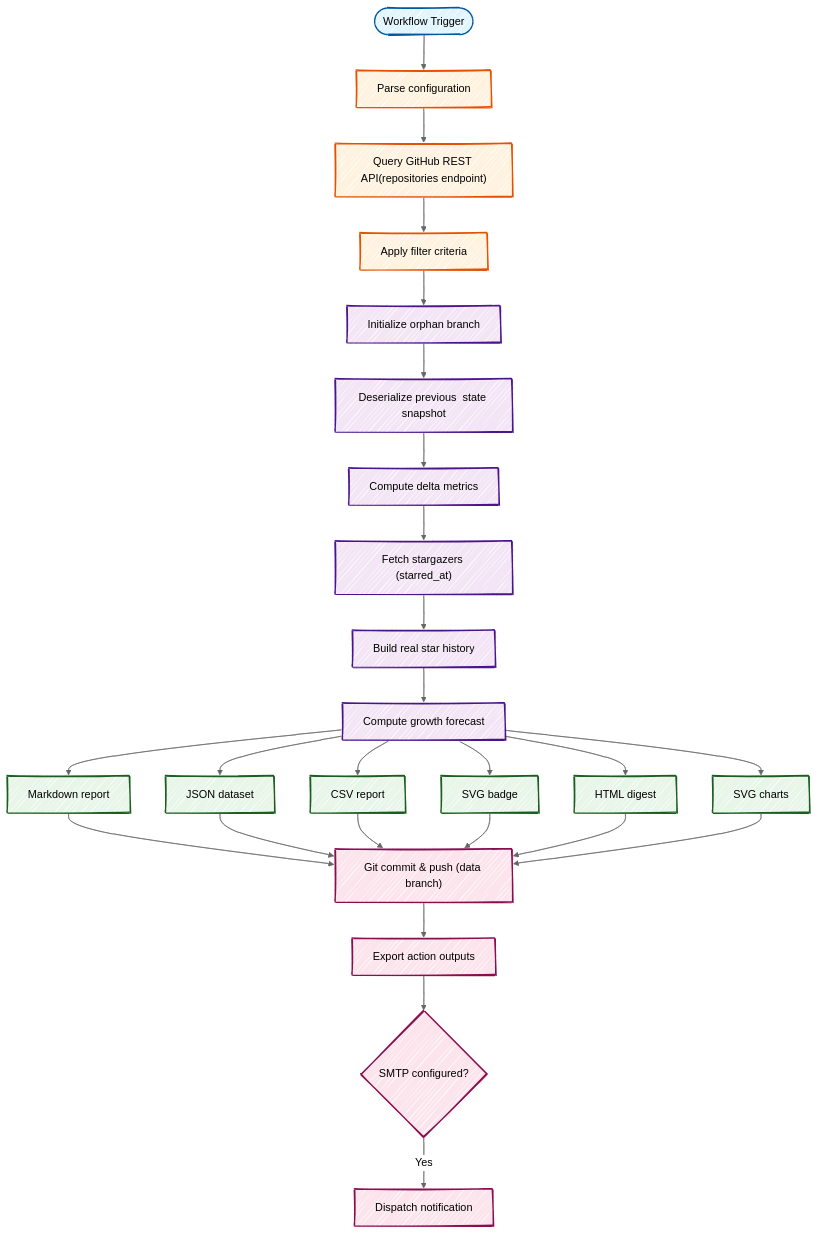
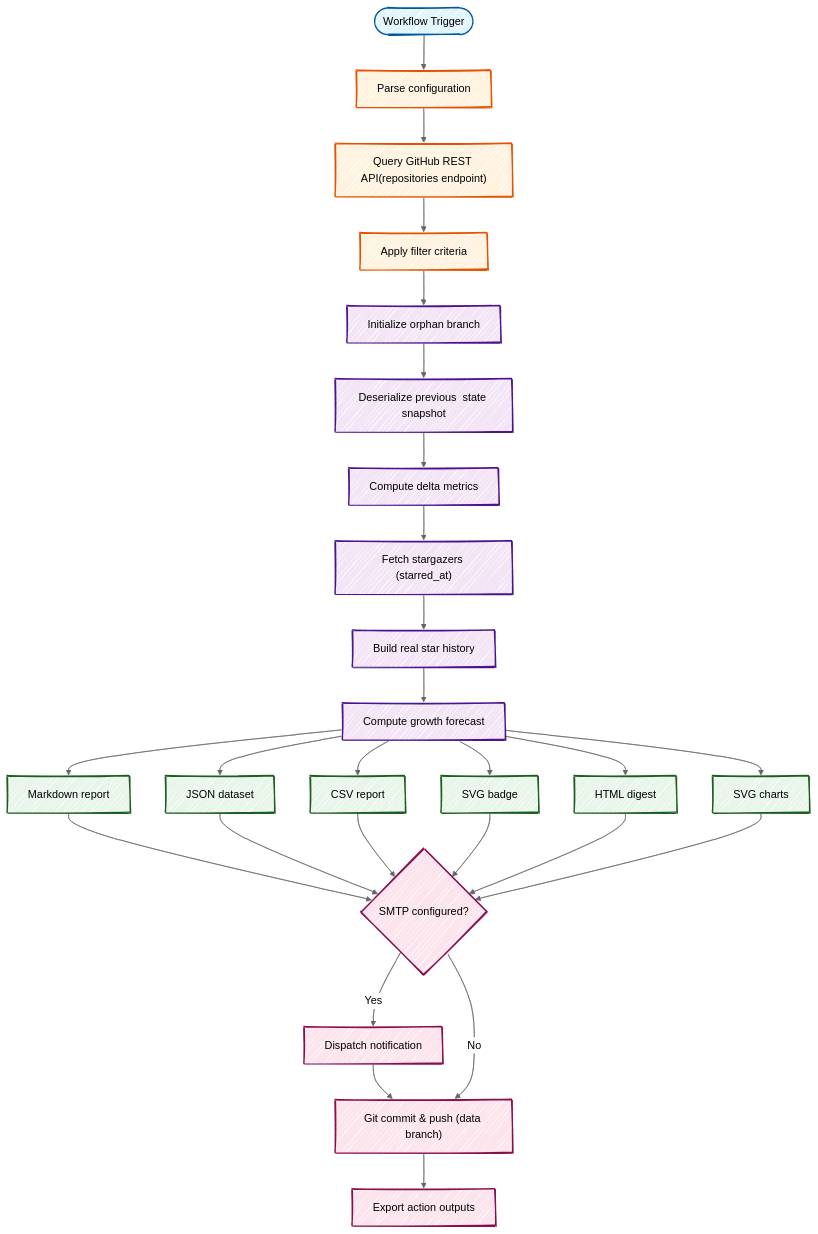
The diagram in README.md (fbuireu/github-star-tracker), drawn with Mermaid before and after one commit. The commit also changed 12 other files, not shown here.

````diff
--- a/README.md
+++ b/README.md
@@ -231,56 +231,58 @@
 ```mermaid
 ---
 config:
   look: handDrawn
   theme: neutral
 ---
 flowchart TD
     trigger(["Workflow Trigger"])
     config["Parse configuration"]
     fetch["Query GitHub REST API(repositories endpoint)"]
     filter["Apply filter criteria"]
     init["Initialize orphan branch"]
     read["Deserialize previous  state snapshot"]
     compare["Compute delta metrics"]
     stargazers["Fetch stargazers (starred_at)"]
     history["Build real star history"]
     forecast["Compute growth forecast"]
     md["Markdown report"]
     json["JSON dataset"]
     csv["CSV report"]
     svg["SVG badge"]
     html["HTML digest"]
     charts["SVG charts"]
     commit["Git commit & push (data branch)"]
     setout["Export action outputs"]
     email{"SMTP configured?"}
     send["Dispatch notification"]
 
     trigger --> config --> fetch --> filter
     filter --> init --> read --> compare
     compare --> stargazers --> history --> forecast
     forecast --> md & json & csv & svg & html & charts
-    md & json & csv & svg & html & charts --> commit --> setout --> email
-    email -->|Yes| send
+    md & json & csv & svg & html & charts --> email
+    email -->|Yes| send --> commit
+    email -->|No| commit
+    commit --> setout
 
     style trigger fill:#e1f5ff,stroke:#01579b,stroke-width:2px
     style config fill:#fff3e0,stroke:#e65100,stroke-width:2px
     style fetch fill:#fff3e0,stroke:#e65100,stroke-width:2px
     style filter fill:#fff3e0,stroke:#e65100,stroke-width:2px
     style init fill:#f3e5f5,stroke:#4a148c,stroke-width:2px
     style read fill:#f3e5f5,stroke:#4a148c,stroke-width:2px
     style compare fill:#f3e5f5,stroke:#4a148c,stroke-width:2px
     style stargazers fill:#f3e5f5,stroke:#4a148c,stroke-width:2px
     style history fill:#f3e5f5,stroke:#4a148c,stroke-width:2px
     style forecast fill:#f3e5f5,stroke:#4a148c,stroke-width:2px
     style md fill:#e8f5e9,stroke:#1b5e20,stroke-width:2px
     style json fill:#e8f5e9,stroke:#1b5e20,stroke-width:2px
     style csv fill:#e8f5e9,stroke:#1b5e20,stroke-width:2px
     style svg fill:#e8f5e9,stroke:#1b5e20,stroke-width:2px
     style html fill:#e8f5e9,stroke:#1b5e20,stroke-width:2px
     style charts fill:#e8f5e9,stroke:#1b5e20,stroke-width:2px
     style commit fill:#fce4ec,stroke:#880e4f,stroke-width:2px
     style setout fill:#fce4ec,stroke:#880e4f,stroke-width:2px
     style email fill:#fce4ec,stroke:#880e4f,stroke-width:2px
     style send fill:#fce4ec,stroke:#880e4f,stroke-width:2px
 ```
````
